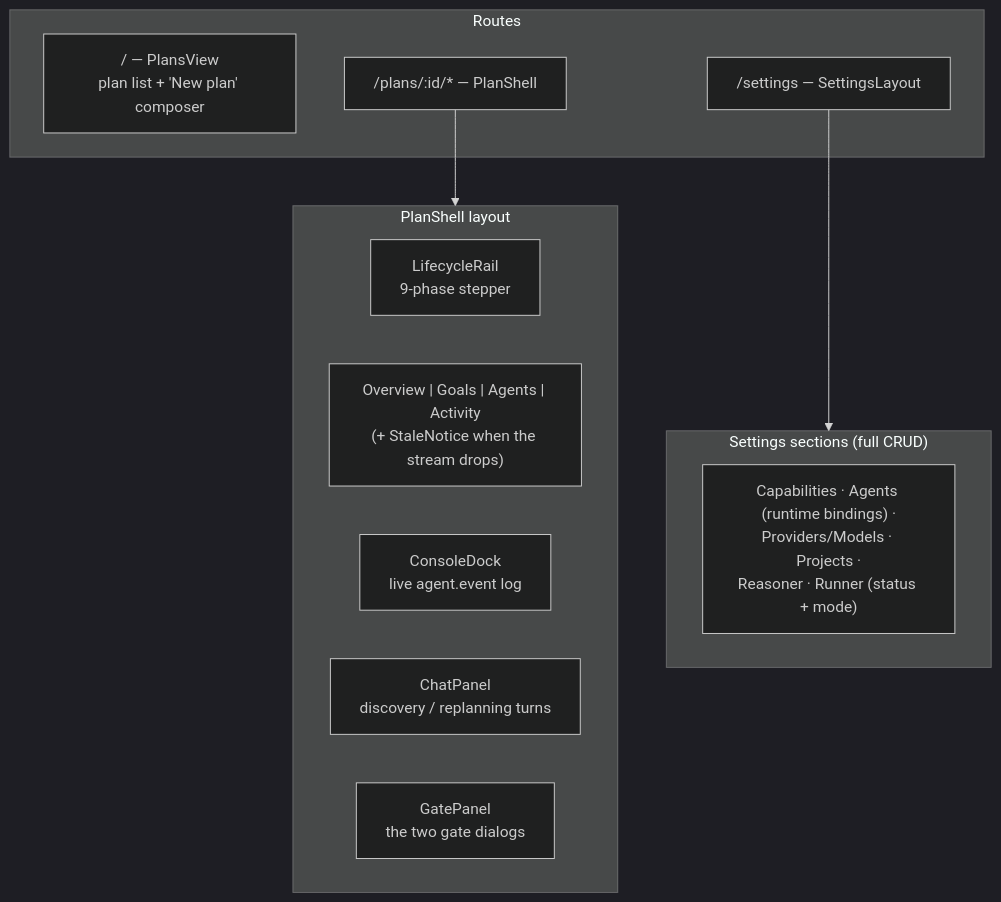
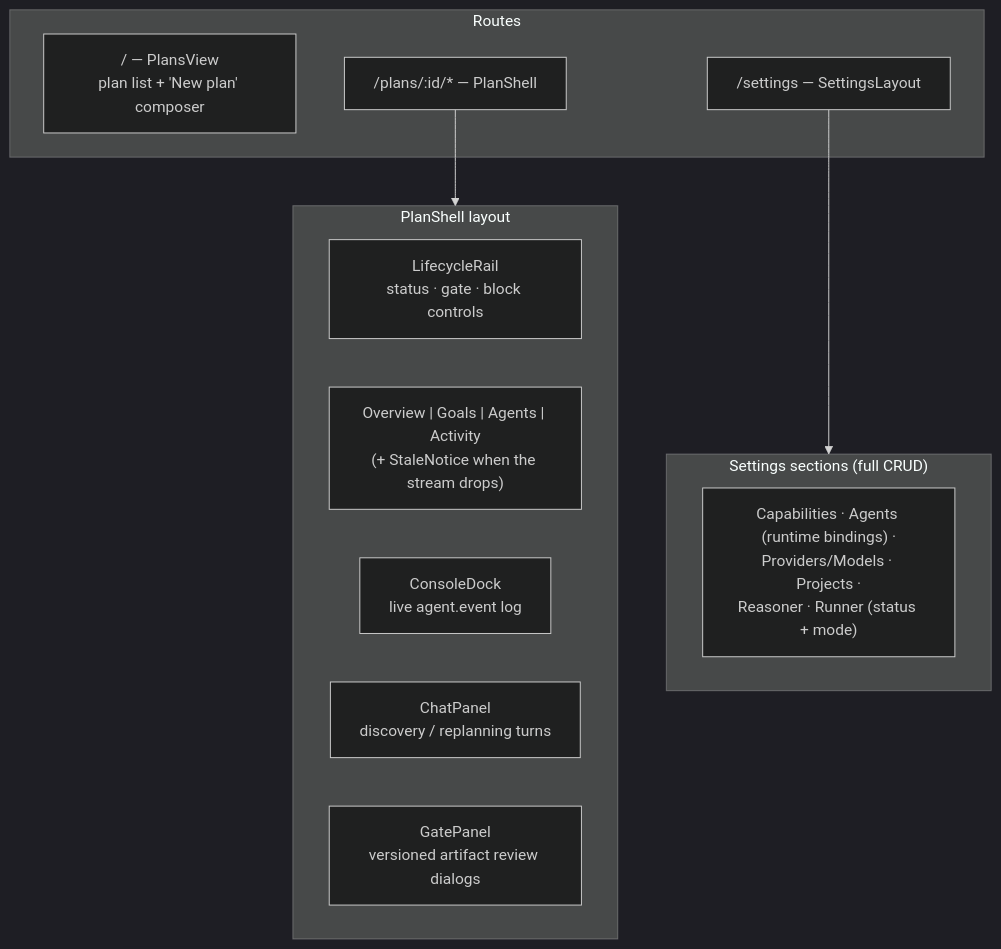
Before and after one commit to guilhermeUpToTask/agent-orchestrator-prototype: the first of 2 diagrams in docs/architecture/frontend.md, drawn with Mermaid (dark theme). The commit also changed other lines of this file and 12 other files, not shown here.

````diff
--- a/docs/architecture/frontend.md
+++ b/docs/architecture/frontend.md
@@ -11,23 +11,23 @@
 ```mermaid
 flowchart TB
     subgraph routes["Routes"]
         plans["/ — PlansView<br/>plan list + 'New plan' composer"]
         shell["/plans/:id/* — PlanShell"]
         settings["/settings — SettingsLayout"]
     end
 
     subgraph shellparts["PlanShell layout"]
-        rail["LifecycleRail<br/>9-phase stepper"]
+        rail["LifecycleRail<br/>status · gate · block controls"]
         view["Overview | Goals | Agents | Activity<br/>(+ StaleNotice when the stream drops)"]
         dock["ConsoleDock<br/>live agent.event log"]
         chat["ChatPanel<br/>discovery / replanning turns"]
-        gate["GatePanel<br/>the two gate dialogs"]
+        gate["GatePanel<br/>versioned artifact review dialogs"]
     end
 
     subgraph settingsparts["Settings sections (full CRUD)"]
         s1["Capabilities · Agents (runtime bindings) ·<br/>Providers/Models · Projects ·<br/>Reasoner · Runner (status + mode)"]
     end
 
     shell --> shellparts
     settings --> settingsparts
 ```
````
